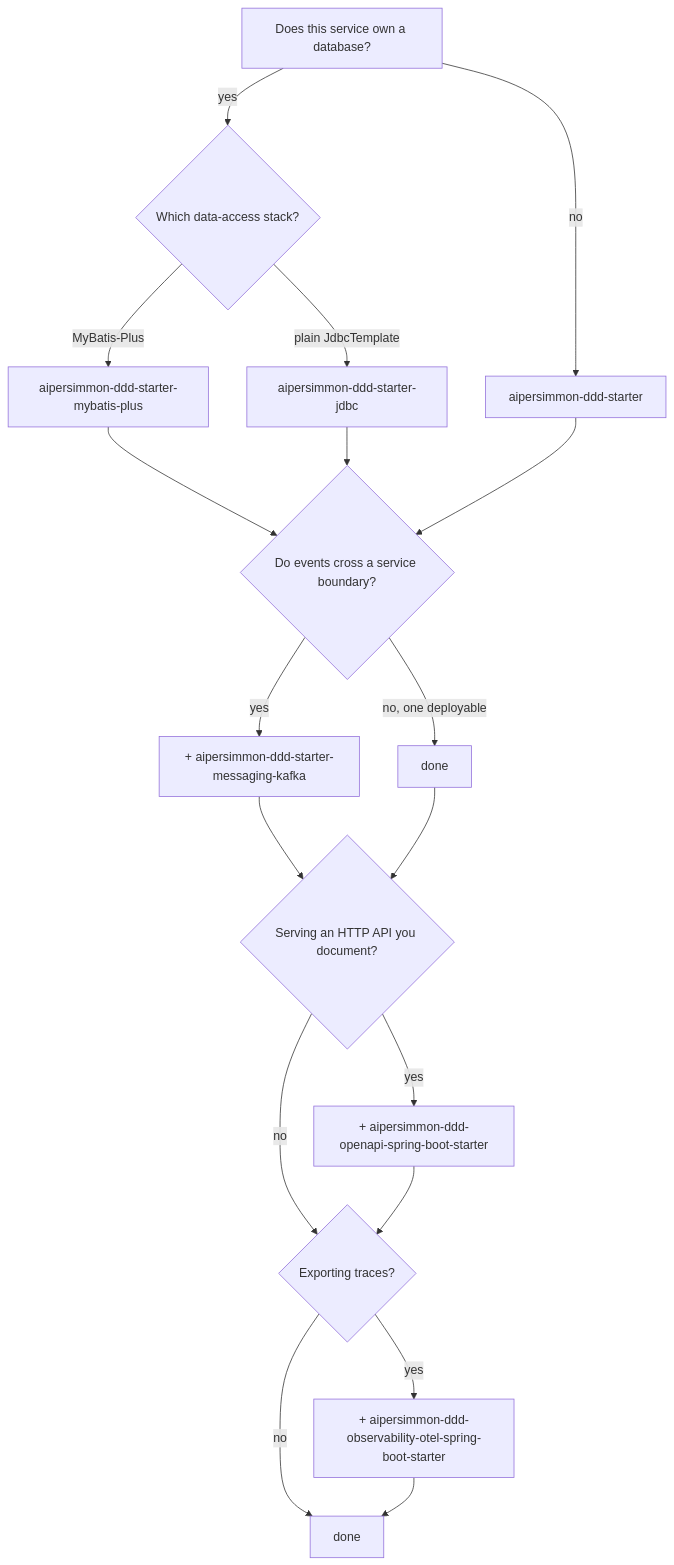
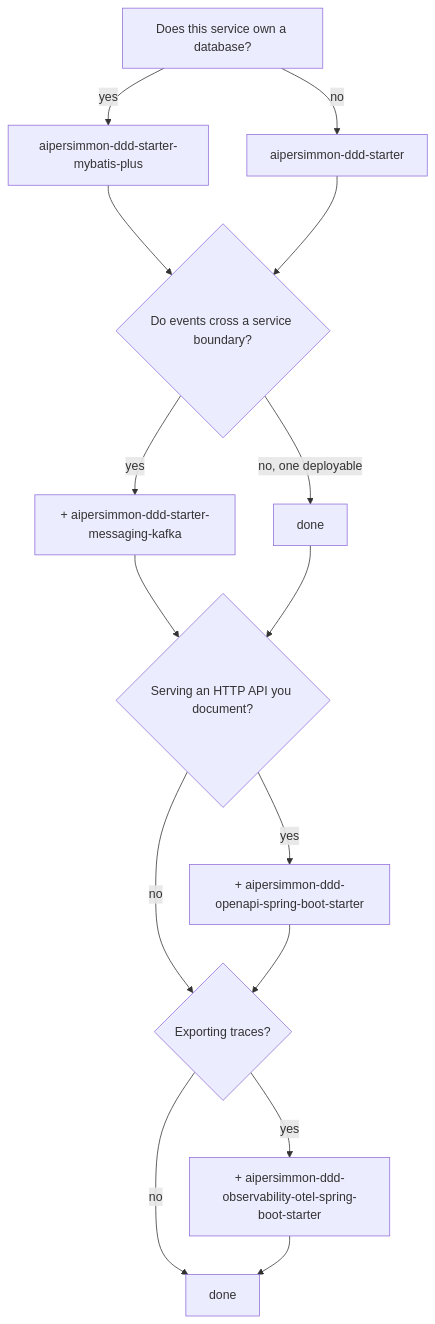
One commit to ryan-alexander-zhang/ai-native-project-template changed the diagram in aipersimmon-ddd/CHOOSING-MODULES.md. Above: the diagram before and after it, drawn with Mermaid. The commit also changed other lines of this file and 375 other files, not shown here.

````diff
--- a/aipersimmon-ddd/CHOOSING-MODULES.md
+++ b/aipersimmon-ddd/CHOOSING-MODULES.md
@@ -9,20 +9,17 @@
 ```mermaid
 flowchart TD
     A["Does this service own a database?"] -->|no| B["aipersimmon-ddd-starter"]
-    A -->|yes| C{"Which data-access stack?"}
-    C -->|MyBatis-Plus| D["aipersimmon-ddd-starter-mybatis-plus"]
-    C -->|"plain JdbcTemplate"| E["aipersimmon-ddd-starter-jdbc"]
+    A -->|yes| D["aipersimmon-ddd-starter-mybatis-plus"]
     D --> F{"Do events cross a service boundary?"}
-    E --> F
     B --> F
     F -->|"no, one deployable"| G["done"]
     F -->|yes| H["+ aipersimmon-ddd-starter-messaging-kafka"]
     H --> I{"Serving an HTTP API you document?"}
     G --> I
     I -->|yes| J["+ aipersimmon-ddd-openapi-spring-boot-starter"]
     I -->|no| K{"Exporting traces?"}
     J --> K
     K -->|yes| L["+ aipersimmon-ddd-observability-otel-spring-boot-starter"]
     K -->|no| M["done"]
     L --> M
 ```
````
